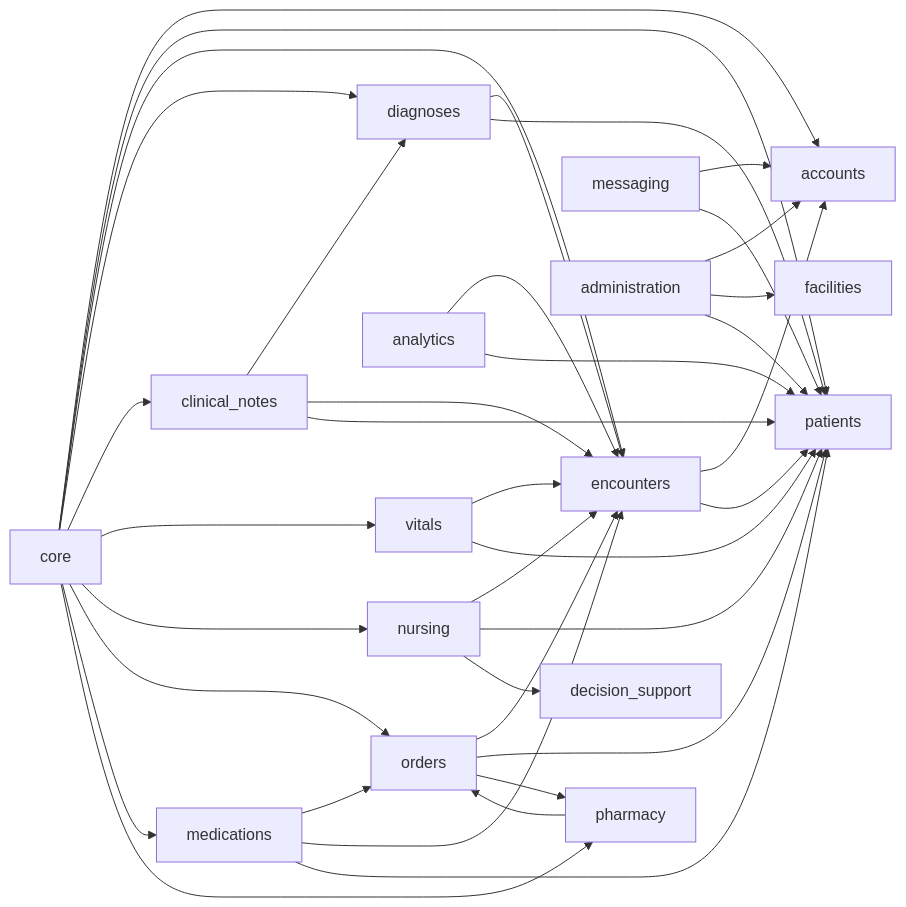
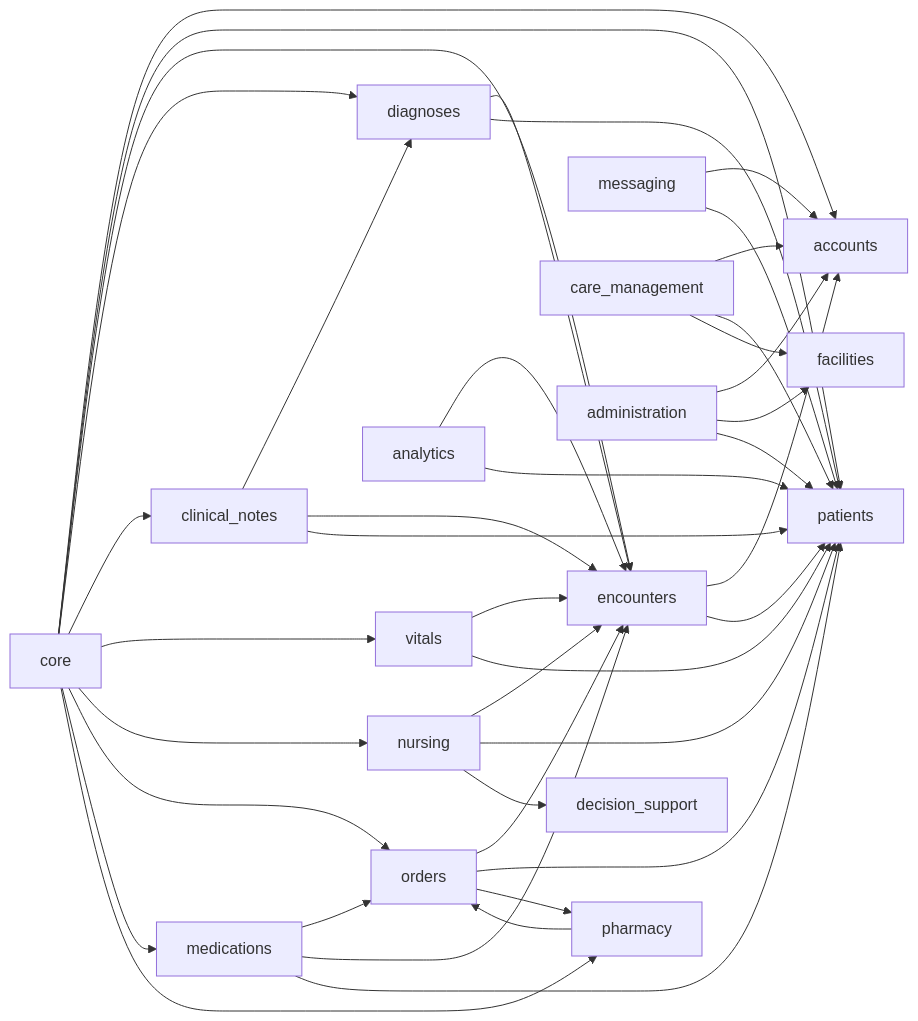
One commit to wuahmartor/liberia-ehr changed the first of 3 diagrams in docs/application-dependencies.md. Above: the diagram before and after it, drawn with Mermaid. The commit also changed other lines of this file and 26 other files, not shown here.

````diff
--- a/docs/application-dependencies.md
+++ b/docs/application-dependencies.md
@@ -13,16 +13,17 @@
 ```mermaid
 flowchart LR
     encounters --> accounts & patients
     diagnoses --> encounters & patients
     clinical_notes --> diagnoses & encounters & patients
     vitals --> encounters & patients
     nursing --> encounters & patients & decision_support
     orders --> encounters & patients & pharmacy
     medications --> orders & encounters & patients
     pharmacy --> orders
     messaging --> accounts & patients
+    care_management --> accounts & patients & facilities
     administration --> accounts & facilities & patients
     analytics --> encounters & patients
     core --> accounts & patients & encounters & diagnoses & clinical_notes
     core --> vitals & nursing & orders & medications & pharmacy
 ```
````
